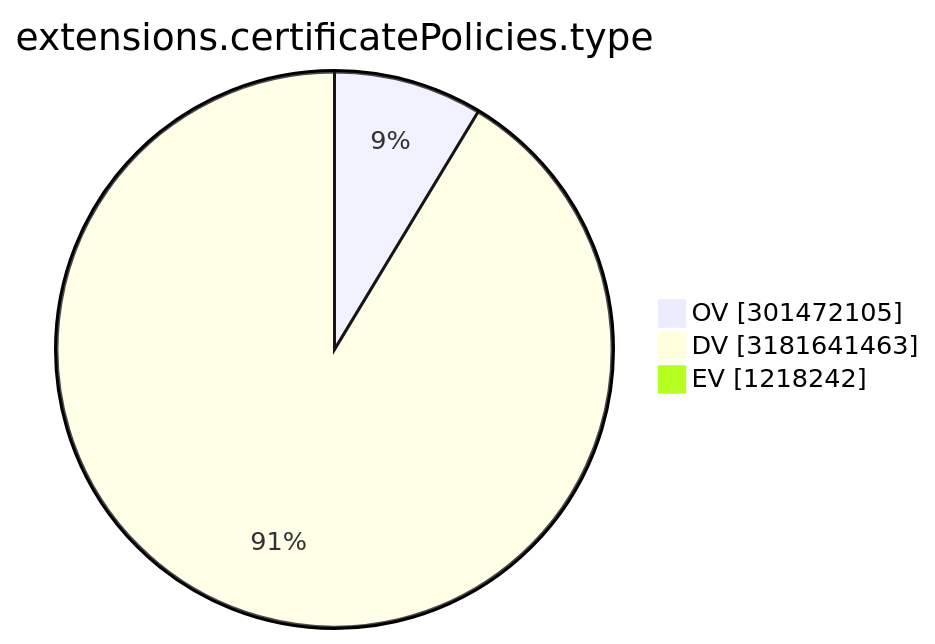
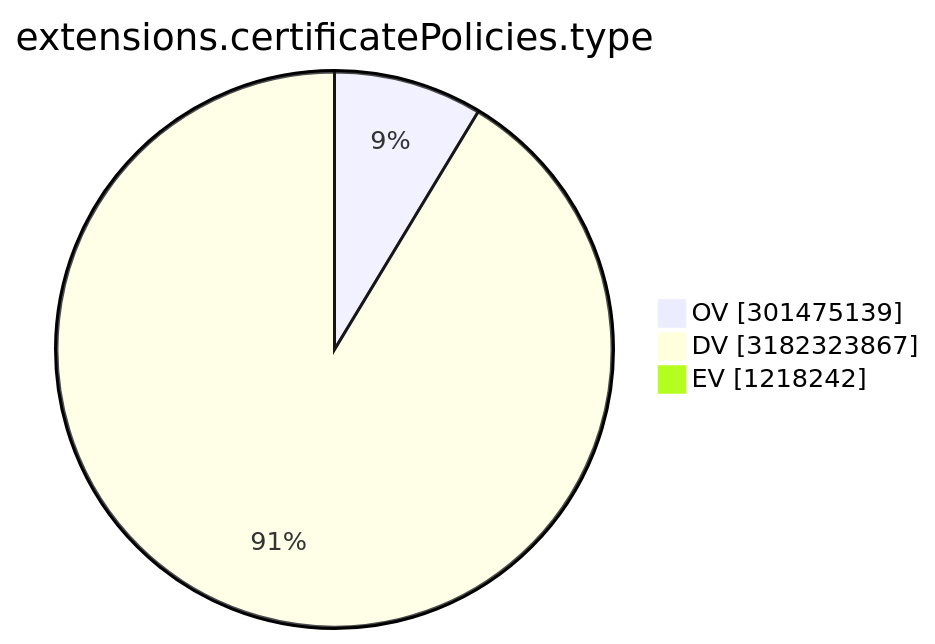
One commit to christiankrug/ctmonitor_visualization changed the ninth of 15 diagrams in TOTAL/README.md. Above: the diagram before and after it, drawn with Mermaid. The commit also changed other lines of this file, not shown here.

````diff
--- a/TOTAL/README.md
+++ b/TOTAL/README.md
@@ -3106,7 +3106,7 @@
 ```mermaid
 pie showData
 title extensions.certificatePolicies.type
-"OV" :301472105
-"DV" :3181641463
+"OV" :301475139
+"DV" :3182323867
 "EV" :1218242
 ```
````
